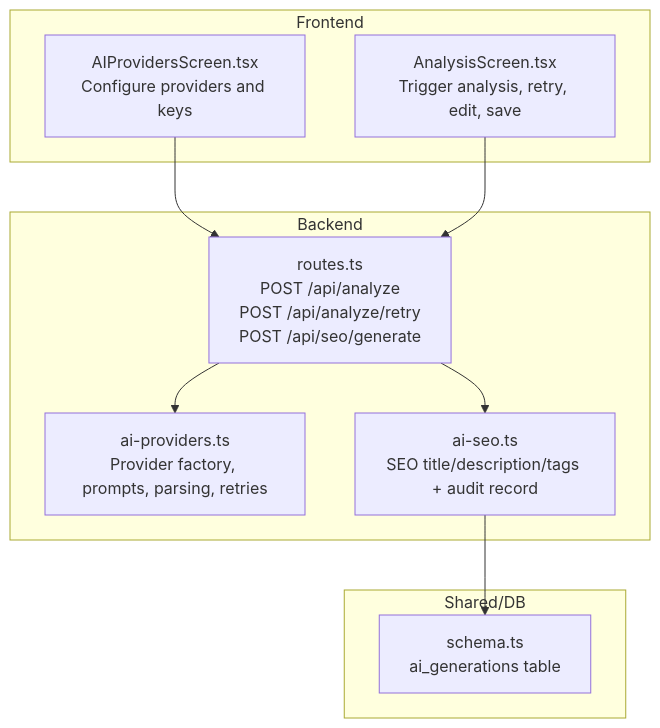
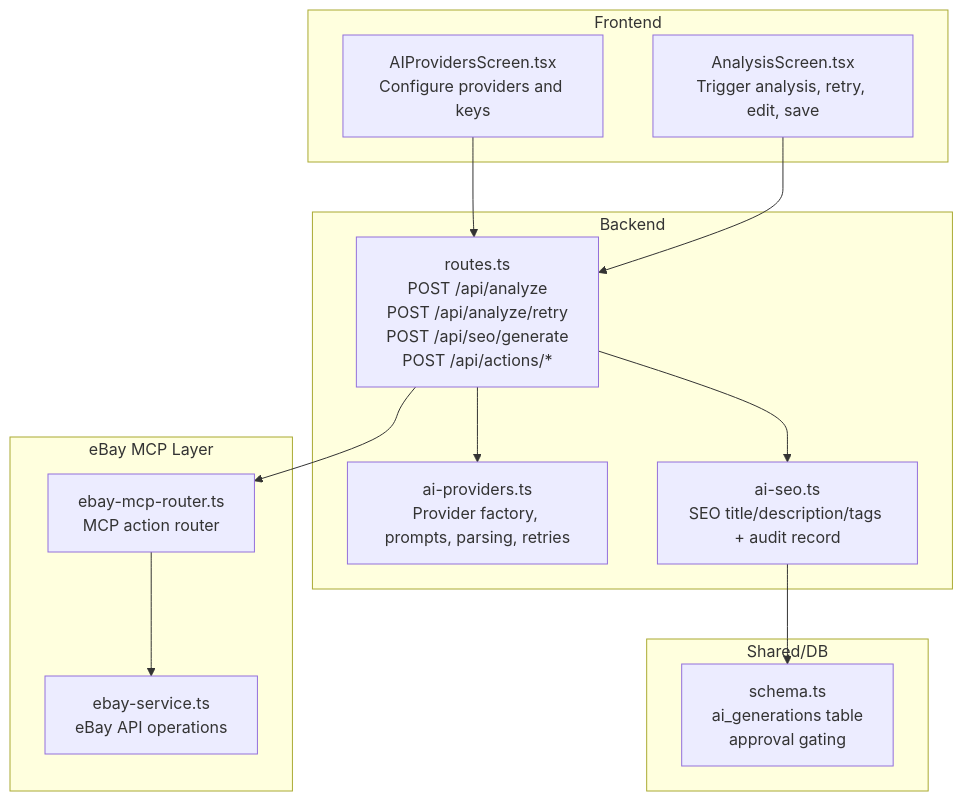
Before and after one commit to hunglevi87/Hidden-Gem: the first of 10 diagrams in .qoder/repowiki/en/content/AI Integration/AI Integration.md, drawn with Mermaid. The commit also changed other lines of this file and 14 other files, not shown here.

First line of the commit message:
feat(ai-integration): add OpenFang provider and eBay MCP marketplace automation

````diff
--- a/.qoder/repowiki/en/content/AI Integration/AI Integration.md
+++ b/.qoder/repowiki/en/content/AI Integration/AI Integration.md
@@ -36,20 +46,26 @@
 ```mermaid
 graph TB
 subgraph "Frontend"
 A["AIProvidersScreen.tsx<br/>Configure providers and keys"]
 B["AnalysisScreen.tsx<br/>Trigger analysis, retry, edit, save"]
 end
 subgraph "Backend"
-C["routes.ts<br/>POST /api/analyze<br/>POST /api/analyze/retry<br/>POST /api/seo/generate"]
+C["routes.ts<br/>POST /api/analyze<br/>POST /api/analyze/retry<br/>POST /api/seo/generate<br/>POST /api/actions/*"]
 D["ai-providers.ts<br/>Provider factory, prompts, parsing, retries"]
 E["ai-seo.ts<br/>SEO title/description/tags + audit record"]
 end
+subgraph "eBay MCP Layer"
+F["ebay-mcp-router.ts<br/>MCP action router"]
+G["ebay-service.ts<br/>eBay API operations"]
+end
 subgraph "Shared/DB"
-F["schema.ts<br/>ai_generations table"]
+H["schema.ts<br/>ai_generations table<br/>approval gating"]
 end
 A --> C
 B --> C
 C --> D
 C --> E
-E --> F
+C --> F
+F --> G
+E --> H
 ```
````
